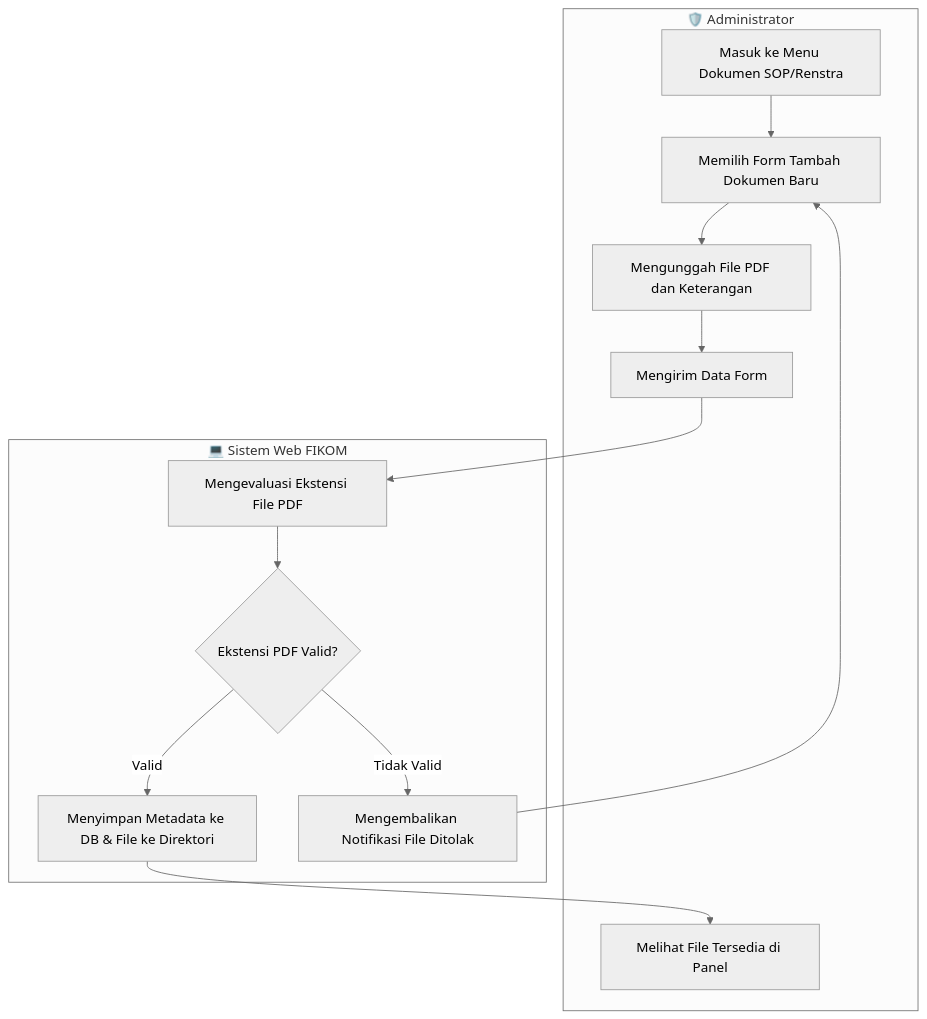
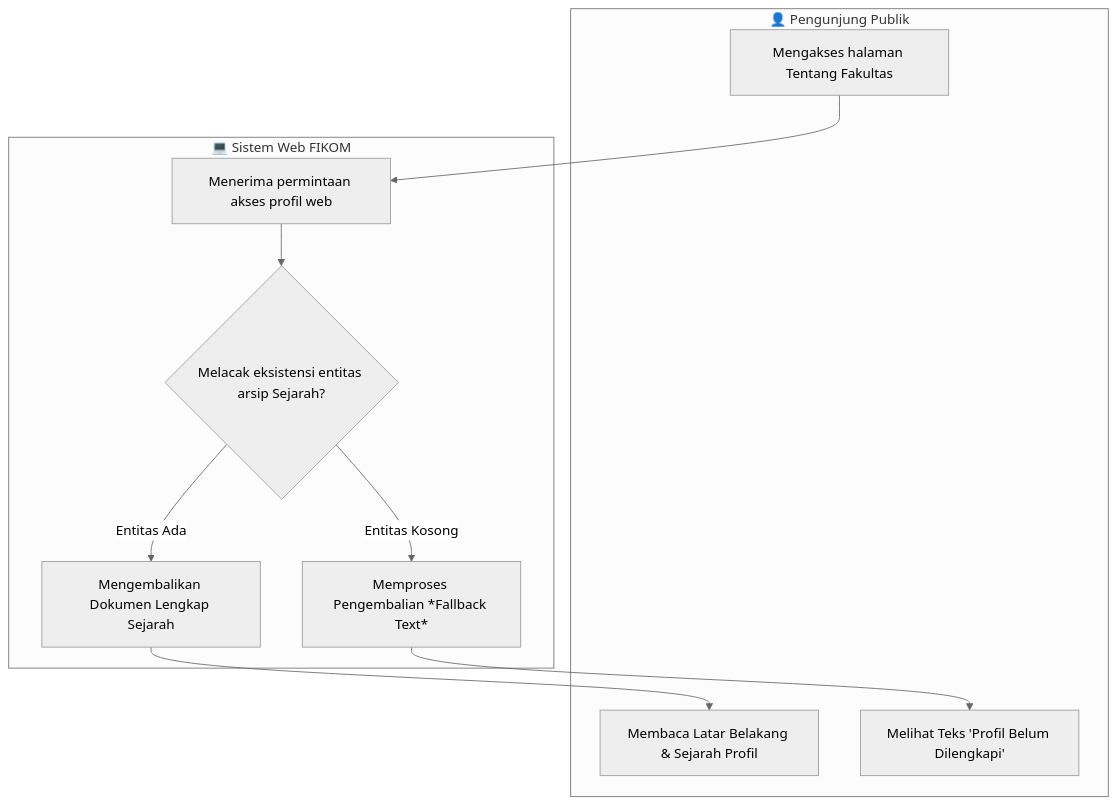
The fourth of 4 diagrams in docs/dokumen_1_activity_diagram.md (arbain-dev/Web_fikom), drawn with Mermaid (neutral theme) before and after one commit. The commit also changed other lines of this file, not shown here.

Commit message:
docs: revisi Dokumen 1 dengan urutan visi misi, struktur, fakta, profil

````diff
--- a/docs/dokumen_1_activity_diagram.md
+++ b/docs/dokumen_1_activity_diagram.md
@@ -123,27 +109,22 @@
 ```mermaid
 flowchart TD
-    subgraph Administrator[🛡️ Administrator]
-        A[Masuk ke Menu Dokumen SOP/Renstra]
-        B[Memilih Form Tambah Dokumen Baru]
-        C[Mengunggah File PDF dan Keterangan]
-        D[Mengirim Data Form]
-        I[Melihat File Tersedia di Panel]
+    subgraph Pengunjung[👤 Pengunjung Publik]
+        A[Mengakses halaman Tentang Fakultas]
+        E[Membaca Latar Belakang & Sejarah Profil]
+        F[Melihat Teks 'Profil Belum Dilengkapi']
     end
     
     subgraph Sistem[💻 Sistem Web FIKOM]
-        E[Mengevaluasi Ekstensi File PDF]
-        F{Ekstensi PDF Valid?}
-        G[Menyimpan Metadata ke DB & File ke Direktori]
-        H[Mengembalikan Notifikasi File Ditolak]
+        B[Menerima permintaan akses profil web]
+        C{Melacak eksistensi entitas arsip Sejarah?}
+        D[Mengembalikan Dokumen Lengkap Sejarah]
+        G[Memproses Pengembalian *Fallback Text*]
     end
 
     A --> B
     B --> C
-    C --> D
+    C -- Entitas Ada --> D
     D --> E
-    E --> F
-    F -- Valid --> G
-    F -- Tidak Valid --> H
-    G --> I
-    H --> B
+    C -- Entitas Kosong --> G
+    G --> F
 ```
````
